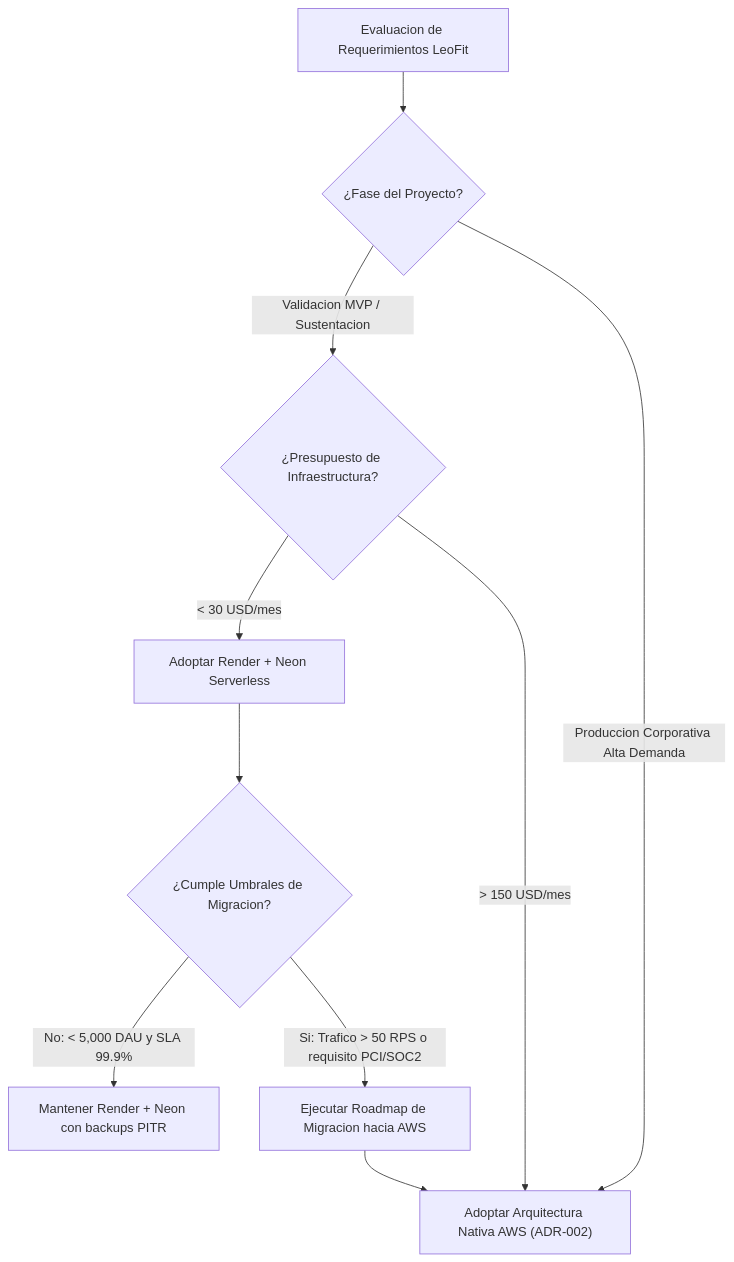
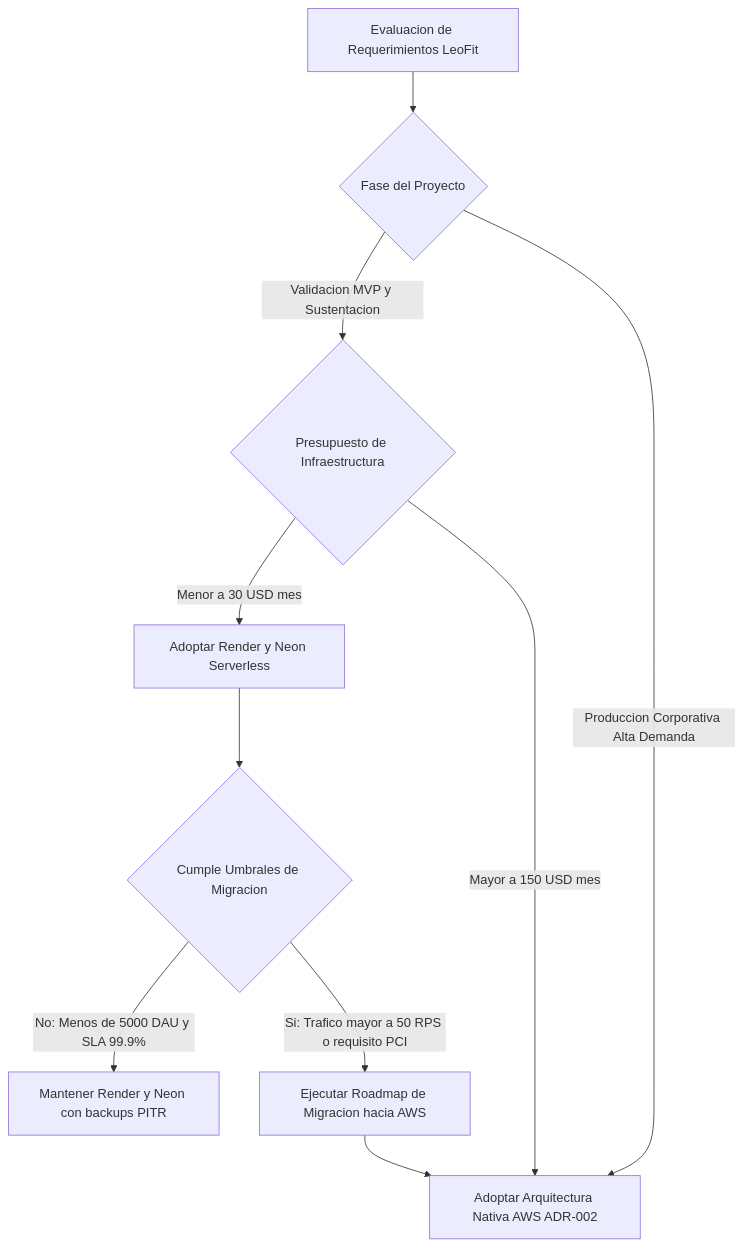
Before and after one commit to Leofit-Solutions-Grupo01/leofit-pedidos-sistema: the first of 2 diagrams in docs/05_ANEXOS_TECNICOS_PROYECTO_FINAL/01_ADR-001_ELECCION_RENDER_NEON_VS_AWS.md, drawn with Mermaid. The commit also changed other lines of this file and 4 other files, not shown here.

Commit message:
fix(docs): corrige sintaxis y parseo de diagramas mermaid en anexos tecnicos

````diff
--- a/docs/05_ANEXOS_TECNICOS_PROYECTO_FINAL/01_ADR-001_ELECCION_RENDER_NEON_VS_AWS.md
+++ b/docs/05_ANEXOS_TECNICOS_PROYECTO_FINAL/01_ADR-001_ELECCION_RENDER_NEON_VS_AWS.md
@@ -73,14 +73,14 @@
 ```mermaid
 graph TD
-    A["Evaluacion de Requerimientos LeoFit"] --> B{"¿Fase del Proyecto?"}
-    B -->|"Validacion MVP / Sustentacion"| C{"¿Presupuesto de Infraestructura?"}
-    B -->|"Produccion Corporativa Alta Demanda"| D["Adoptar Arquitectura Nativa AWS (ADR-002)"]
+    A["Evaluacion de Requerimientos LeoFit"] --> B{"Fase del Proyecto"}
+    B -->|Validacion MVP y Sustentacion| C{"Presupuesto de Infraestructura"}
+    B -->|Produccion Corporativa Alta Demanda| D["Adoptar Arquitectura Nativa AWS ADR-002"]
     
-    C -->|"< 30 USD/mes"| E["Adoptar Render + Neon Serverless"]
-    C -->|"> 150 USD/mes"| D
+    C -->|Menor a 30 USD mes| E["Adoptar Render y Neon Serverless"]
+    C -->|Mayor a 150 USD mes| D
     
-    E --> F{"¿Cumple Umbrales de Migracion?"}
-    F -->|"No: < 5,000 DAU y SLA 99.9%"| G["Mantener Render + Neon con backups PITR"]
-    F -->|"Si: Trafico > 50 RPS o requisito PCI/SOC2"| H["Ejecutar Roadmap de Migracion hacia AWS"]
+    E --> F{"Cumple Umbrales de Migracion"}
+    F -->|No: Menos de 5000 DAU y SLA 99.9%| G["Mantener Render y Neon con backups PITR"]
+    F -->|Si: Trafico mayor a 50 RPS o requisito PCI| H["Ejecutar Roadmap de Migracion hacia AWS"]
     H --> D
 ```
````
